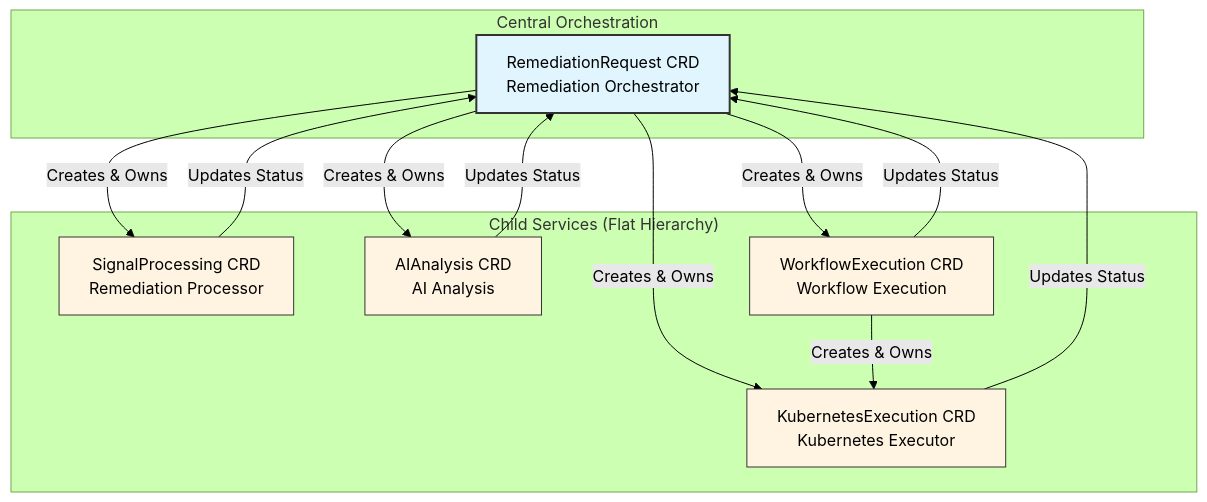
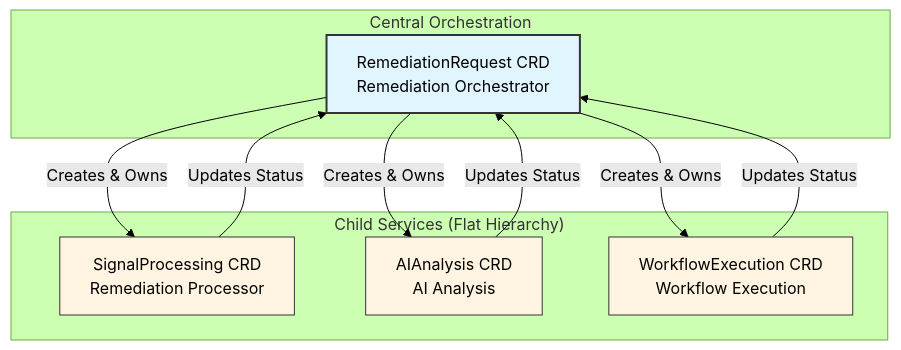
The diagram in docs/architecture/decisions/ADR-001-crd-microservices-architecture.md (jordigilh/kubernaut), drawn with Mermaid (forest theme) before and after one commit. The commit also changed other lines of this file and 63 other files, not shown here.

````diff
--- a/docs/architecture/decisions/ADR-001-crd-microservices-architecture.md
+++ b/docs/architecture/decisions/ADR-001-crd-microservices-architecture.md
@@ -207,30 +207,25 @@
 ```mermaid
 graph TB
     subgraph "Central Orchestration"
         AR[RemediationRequest CRD<br/>Remediation Orchestrator]
     end
 
     subgraph "Child Services (Flat Hierarchy)"
         AP[SignalProcessing CRD<br/>Remediation Processor]
         AI[AIAnalysis CRD<br/>AI Analysis]
         WE[WorkflowExecution CRD<br/>Workflow Execution]
-        KE[KubernetesExecution CRD<br/>Kubernetes Executor]
     end
 
     AR -->|Creates & Owns| AP
     AR -->|Creates & Owns| AI
     AR -->|Creates & Owns| WE
-    AR -->|Creates & Owns| KE
 
     AP -->|Updates Status| AR
     AI -->|Updates Status| AR
     WE -->|Updates Status| AR
-    KE -->|Updates Status| AR
-
-    WE -->|Creates & Owns| KE
 
     classDef central fill:#e1f5ff,stroke:#333,stroke-width:2px
     classDef child fill:#fff4e1,stroke:#333,stroke-width:1px
     class AR central
-    class AP,AI,WE,KE child
+    class AP,AI,WE child
 ```
````
